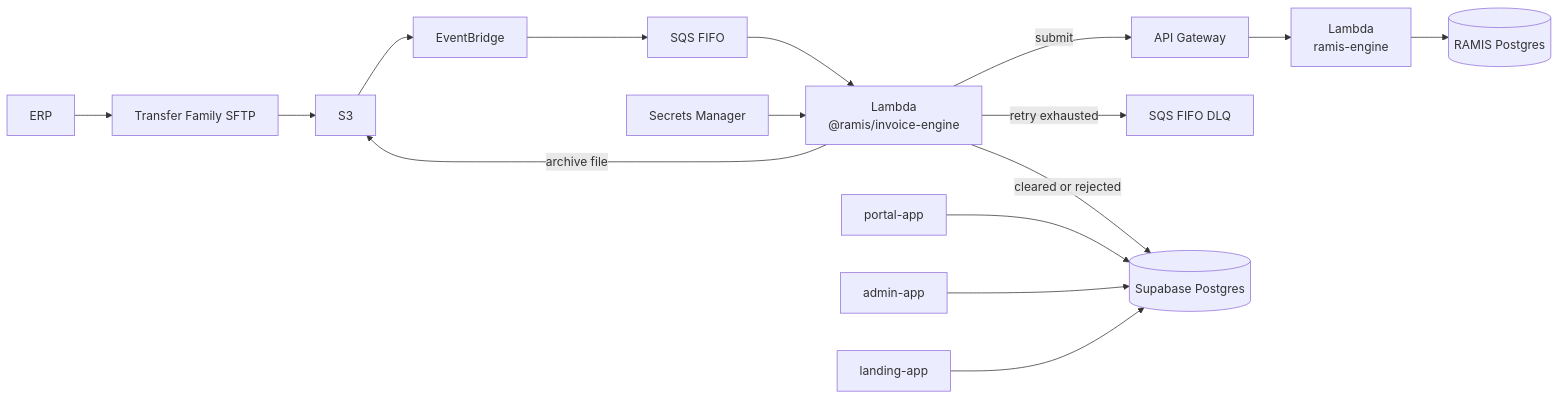
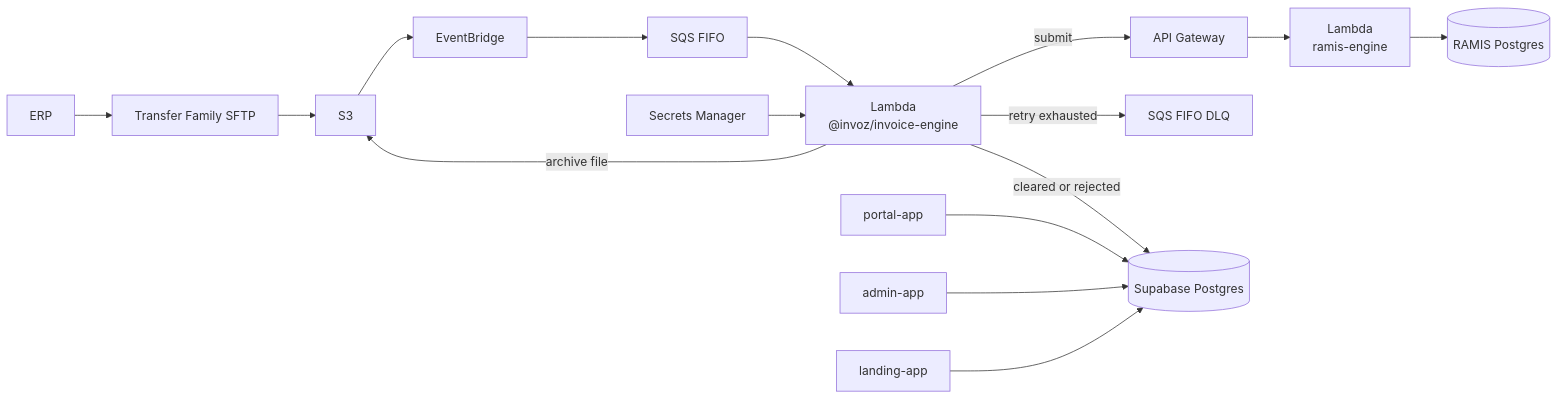
The first of 2 diagrams in docs/architecture.md (bumuthu/invoz), drawn with Mermaid before and after one commit. The commit also changed other lines of this file and 38 other files, not shown here.

````diff
--- a/docs/architecture.md
+++ b/docs/architecture.md
@@ -13,28 +13,28 @@
 ```mermaid
 flowchart LR
   erp[ERP]
   sftp[Transfer Family SFTP]
   s3[S3]
   events[EventBridge]
   fifo[SQS FIFO]
-  lambda["Lambda<br/>@ramis/invoice-engine"]
+  lambda["Lambda<br/>@invoz/invoice-engine"]
   apigw[API Gateway]
   engine["Lambda<br/>ramis-engine"]
   secrets[Secrets Manager]
   dlq[SQS FIFO DLQ]
   db[("Supabase Postgres")]
   ramisdb[("RAMIS Postgres")]
   portal[portal-app]
   admin[admin-app]
   landing[landing-app]
 
   erp --> sftp --> s3 --> events --> fifo --> lambda
   secrets --> lambda
   lambda -->|cleared or rejected| db
   lambda -->|retry exhausted| dlq
   lambda -->|archive file| s3
   lambda -->|submit| apigw --> engine --> ramisdb
   portal --> db
   admin --> db
   landing --> db
 ```
````
